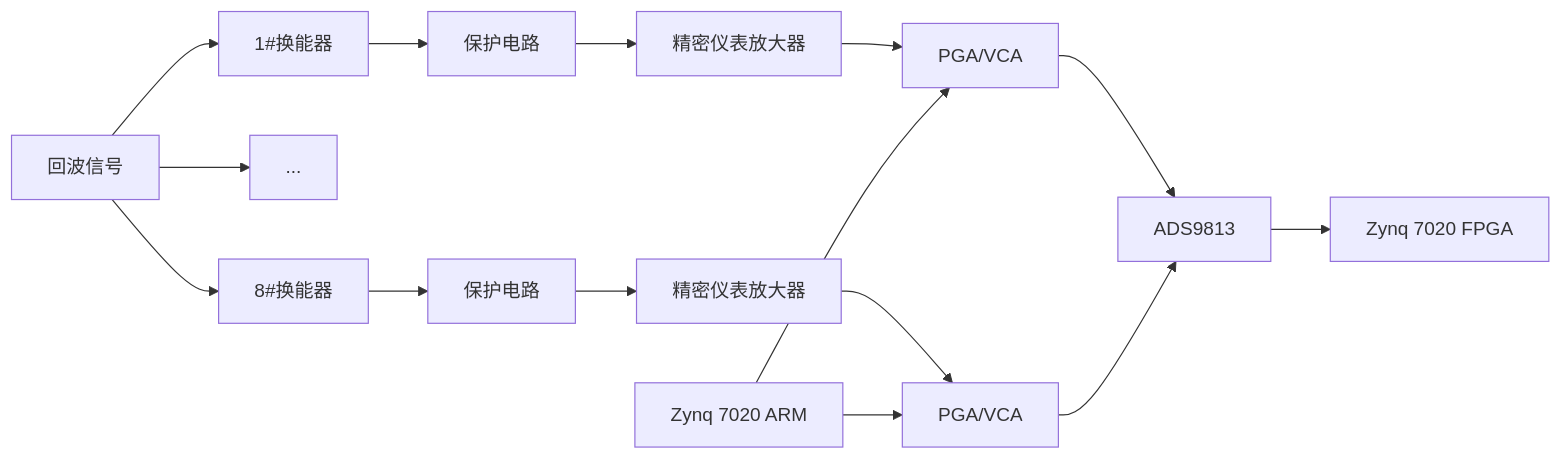
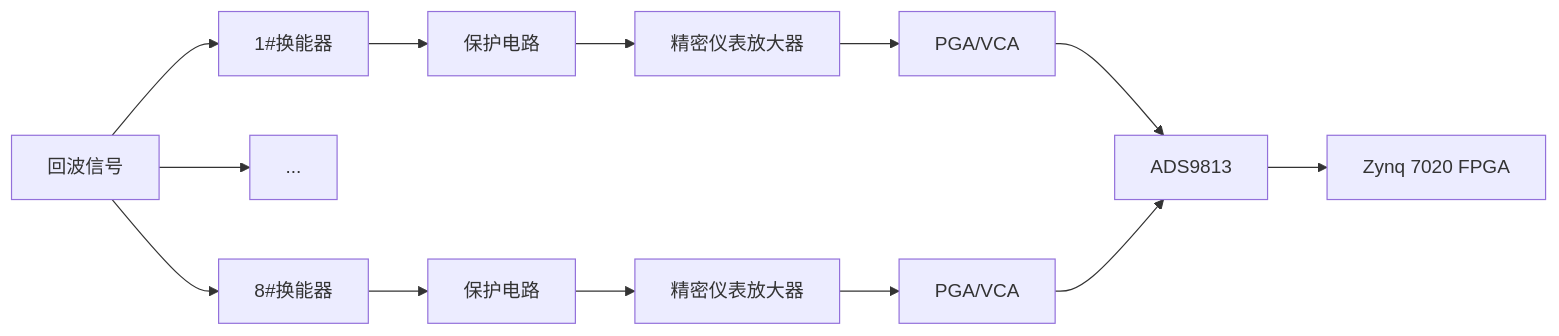
Before and after one commit to Rukawa15/iodraw-files: the diagram in all/多通道同步采集-1.md, drawn with Mermaid.

Commit message:
2025-06-19 14:14:02 update

````diff
--- a/all/多通道同步采集-1.md
+++ b/all/多通道同步采集-1.md
@@ -1,19 +1,18 @@
 ```mermaid
 graph LR
 A[回波信号]
 A --> B1[1#换能器]
 A --> ...
 A --> B8[8#换能器]
 B1 --> C1[保护电路]
 B8 --> C8[保护电路]
 
 C1 --> D1[精密仪表放大器]
 C8 --> D8[精密仪表放大器] 
 D1 --> E1[PGA/VCA]
 D8 --> E8[PGA/VCA]
 E1 --> F[ADS9813] 
 E8 --> F[ADS9813] 
 F --> G[Zynq 7020 FPGA]
-H[Zynq 7020 ARM] --> E1
-H[Zynq 7020 ARM] --> E8
+
 ```
````
